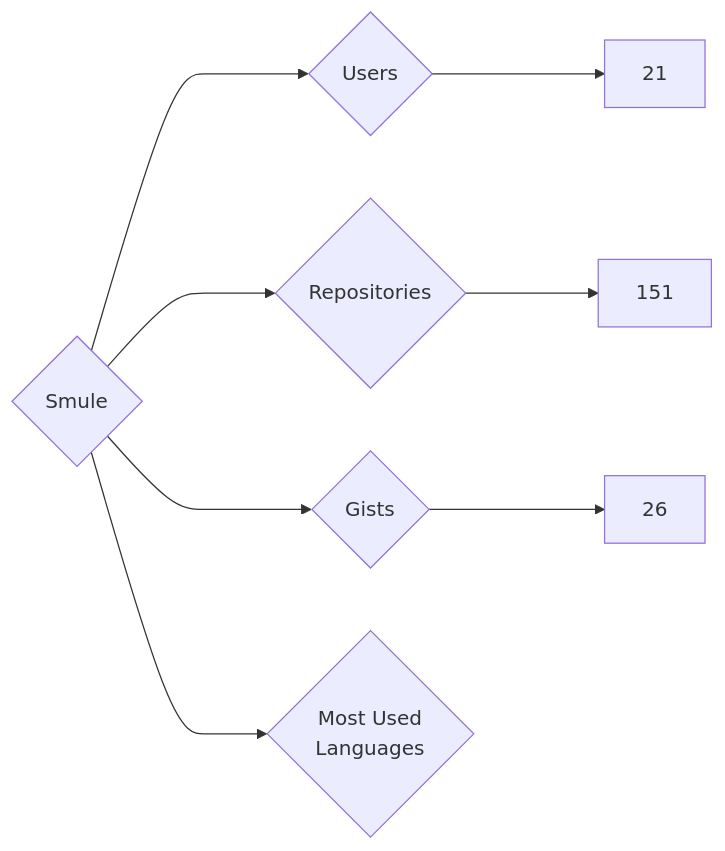
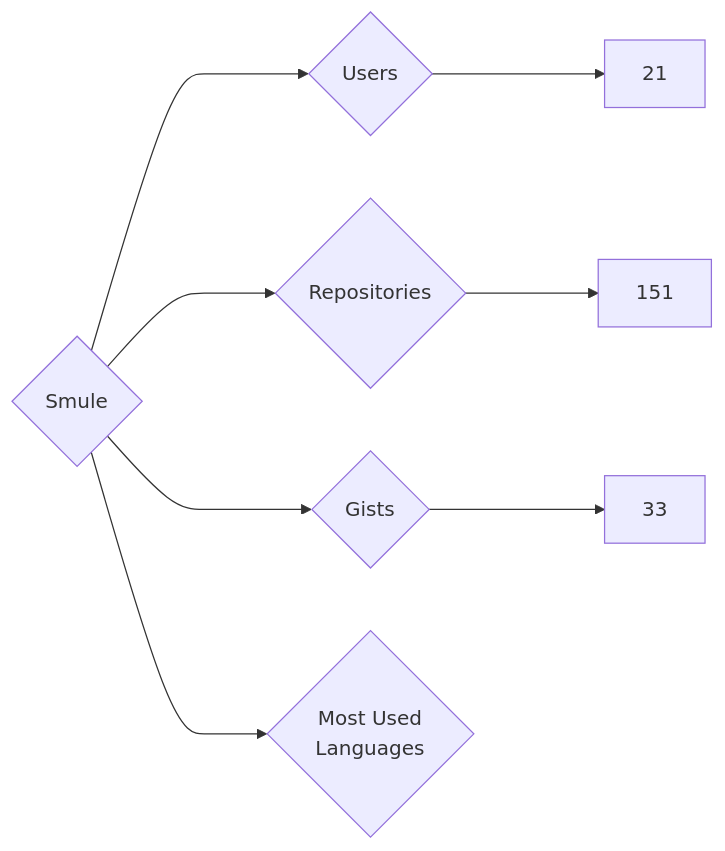
One commit to nenadzaric/insiders changed the diagram in targets/Smule/README.md. Above: the diagram before and after it, drawn with Mermaid. The commit also changed 1342 other files, not shown here.

````diff
--- a/targets/Smule/README.md
+++ b/targets/Smule/README.md
@@ -3,8 +3,8 @@
 ```mermaid
 graph LR
 COMPANY_NAME{Smule}
 COMPANY_NAME ---> U{Users} ---> UN[21]
 COMPANY_NAME ---> R{Repositories} ---> RN[151]
-COMPANY_NAME ---> G{Gists} ---> GN[26]
+COMPANY_NAME ---> G{Gists} ---> GN[33]
 COMPANY_NAME ---> ML{Most Used<br>Languages}
 ```
````
